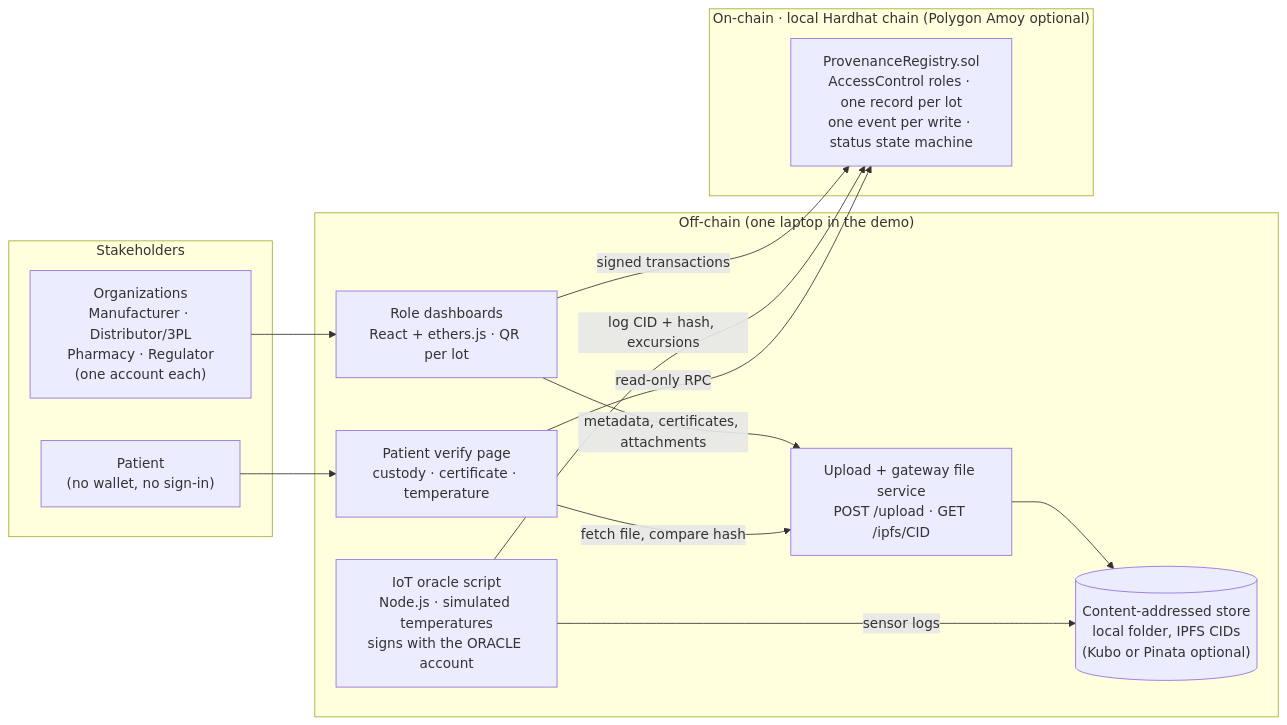
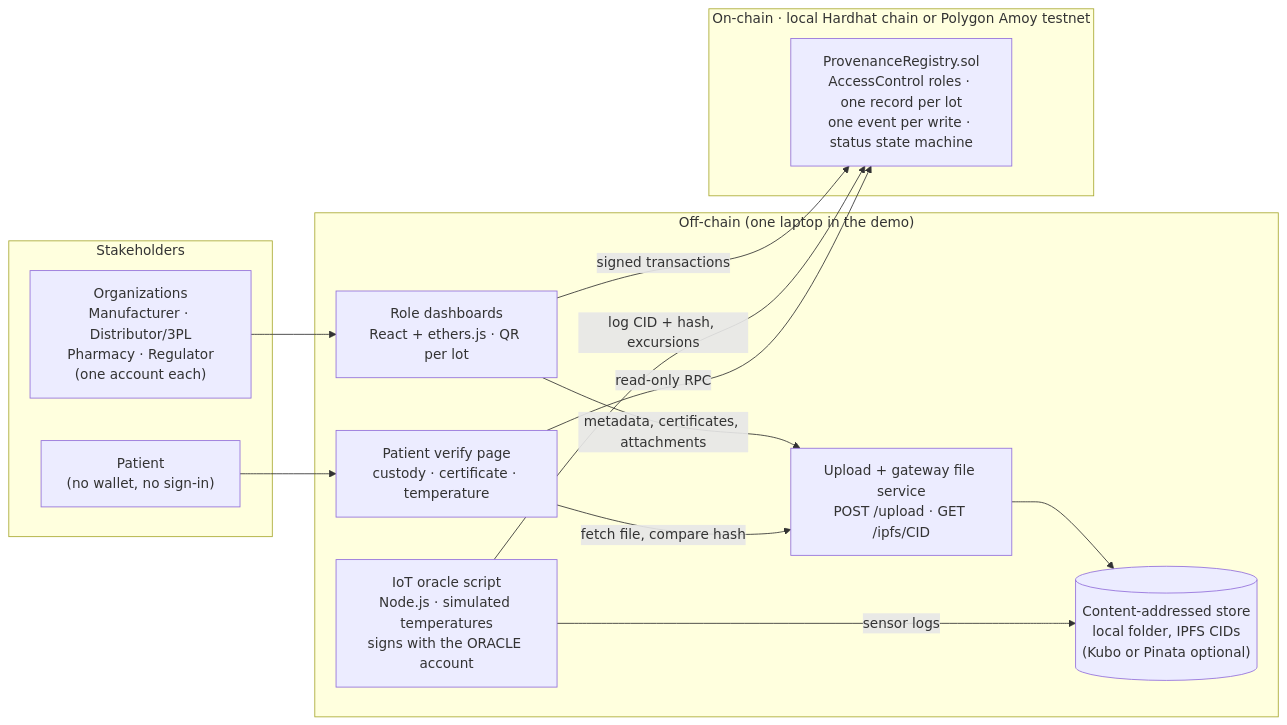
Before and after one commit to Srijan2601/cse540-pharma-provenance: the first of 2 diagrams in README.md, drawn with Mermaid. The commit also changed other lines of this file and 5 other files, not shown here.

Commit message:
README: record the Polygon Amoy deployment

````diff
--- a/README.md
+++ b/README.md
@@ -114,26 +114,26 @@
 ```mermaid
 flowchart LR
     subgraph S["Stakeholders"]
         ORG["Organizations<br/>Manufacturer · Distributor/3PL<br/>Pharmacy · Regulator<br/>(one account each)"]
         PAT["Patient<br/>(no wallet, no sign-in)"]
     end
     subgraph OFF["Off-chain (one laptop in the demo)"]
         DAPP["Role dashboards<br/>React + ethers.js · QR per lot"]
         VER["Patient verify page<br/>custody · certificate · temperature"]
         ORA["IoT oracle script<br/>Node.js · simulated temperatures<br/>signs with the ORACLE account"]
         SVC["Upload + gateway file service<br/>POST /upload · GET /ipfs/CID"]
         STORE[("Content-addressed store<br/>local folder, IPFS CIDs<br/>(Kubo or Pinata optional)")]
     end
-    subgraph ON["On-chain · local Hardhat chain (Polygon Amoy optional)"]
+    subgraph ON["On-chain · local Hardhat chain or Polygon Amoy testnet"]
         REG["ProvenanceRegistry.sol<br/>AccessControl roles · one record per lot<br/>one event per write · status state machine"]
     end
     ORG --> DAPP
     PAT --> VER
     DAPP -- "signed transactions" --> REG
     DAPP -- "metadata, certificates, attachments" --> SVC
     SVC --> STORE
     ORA -- "sensor logs" --> STORE
     ORA -- "log CID + hash, excursions" --> REG
     VER -- "fetch file, compare hash" --> SVC
     VER -- "read-only RPC" --> REG
 ```
````
